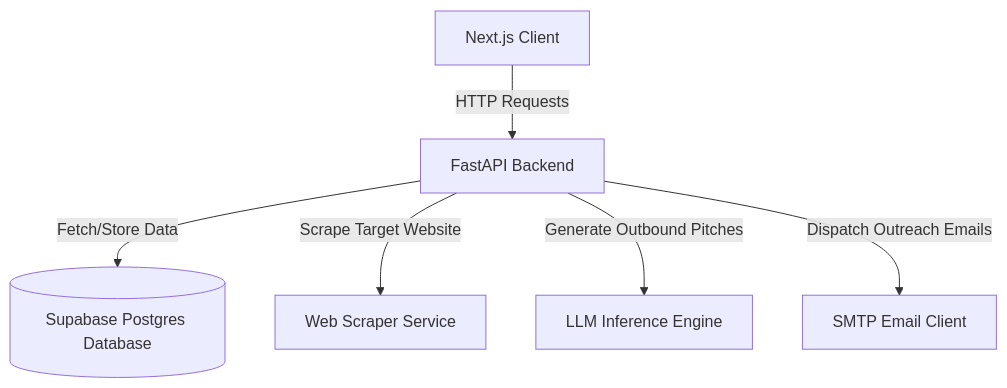
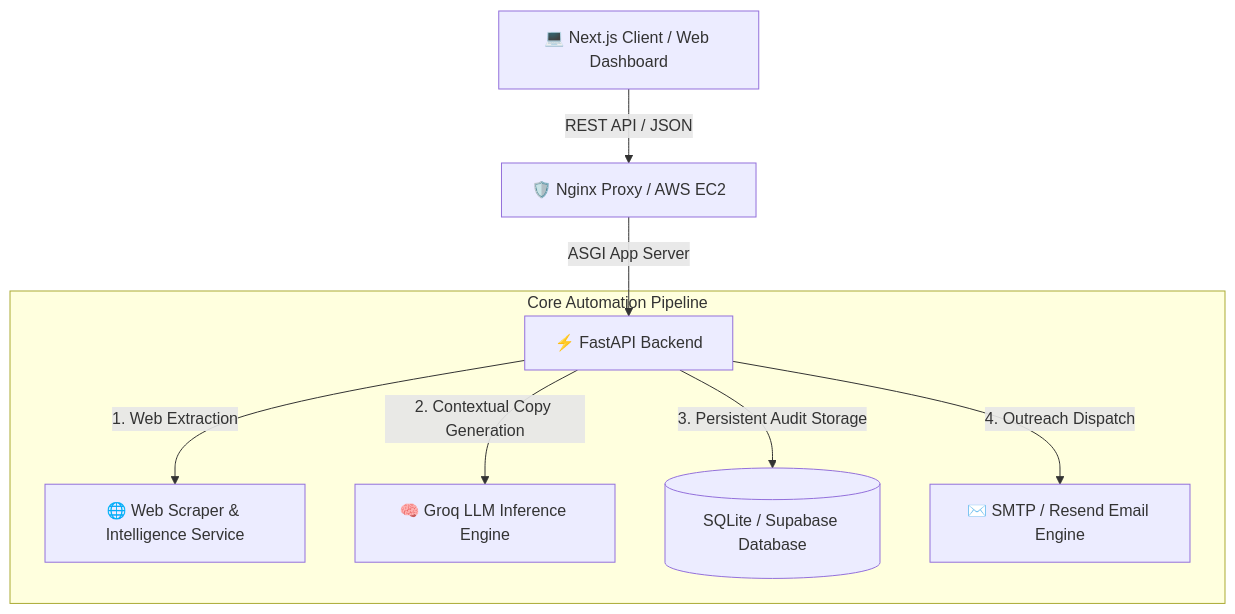
Before and after one commit to 2003sounak16-ui/sales-automation: the diagram in README.md, drawn with Mermaid. The commit also changed other lines of this file and 12 other files, not shown here.

````diff
--- a/README.md
+++ b/README.md
@@ -9,8 +20,12 @@
 ```mermaid
 graph TD
-    A[Next.js Client] -->|HTTP Requests| B[FastAPI Backend]
-    B -->|Fetch/Store Data| C[(Supabase Postgres Database)]
-    B -->|Scrape Target Website| D[Web Scraper Service]
-    B -->|Generate Outbound Pitches| E[LLM Inference Engine]
-    B -->|Dispatch Outreach Emails| F[SMTP Email Client]
+    UserClient[💻 Next.js Client / Web Dashboard] -->|REST API / JSON| AWS_ALB[🛡️ Nginx Proxy / AWS EC2]
+    AWS_ALB -->|ASGI App Server| FastAPI[⚡ FastAPI Backend]
+    
+    subgraph Core Automation Pipeline
+        FastAPI -->|1. Web Extraction| Scraper[🌐 Web Scraper & Intelligence Service]
+        FastAPI -->|2. Contextual Copy Generation| Groq[🧠 Groq LLM Inference Engine]
+        FastAPI -->|3. Persistent Audit Storage| DB[(SQLite / Supabase Database)]
+        FastAPI -->|4. Outreach Dispatch| Email[✉️ SMTP / Resend Email Engine]
+    end
 ```
````
